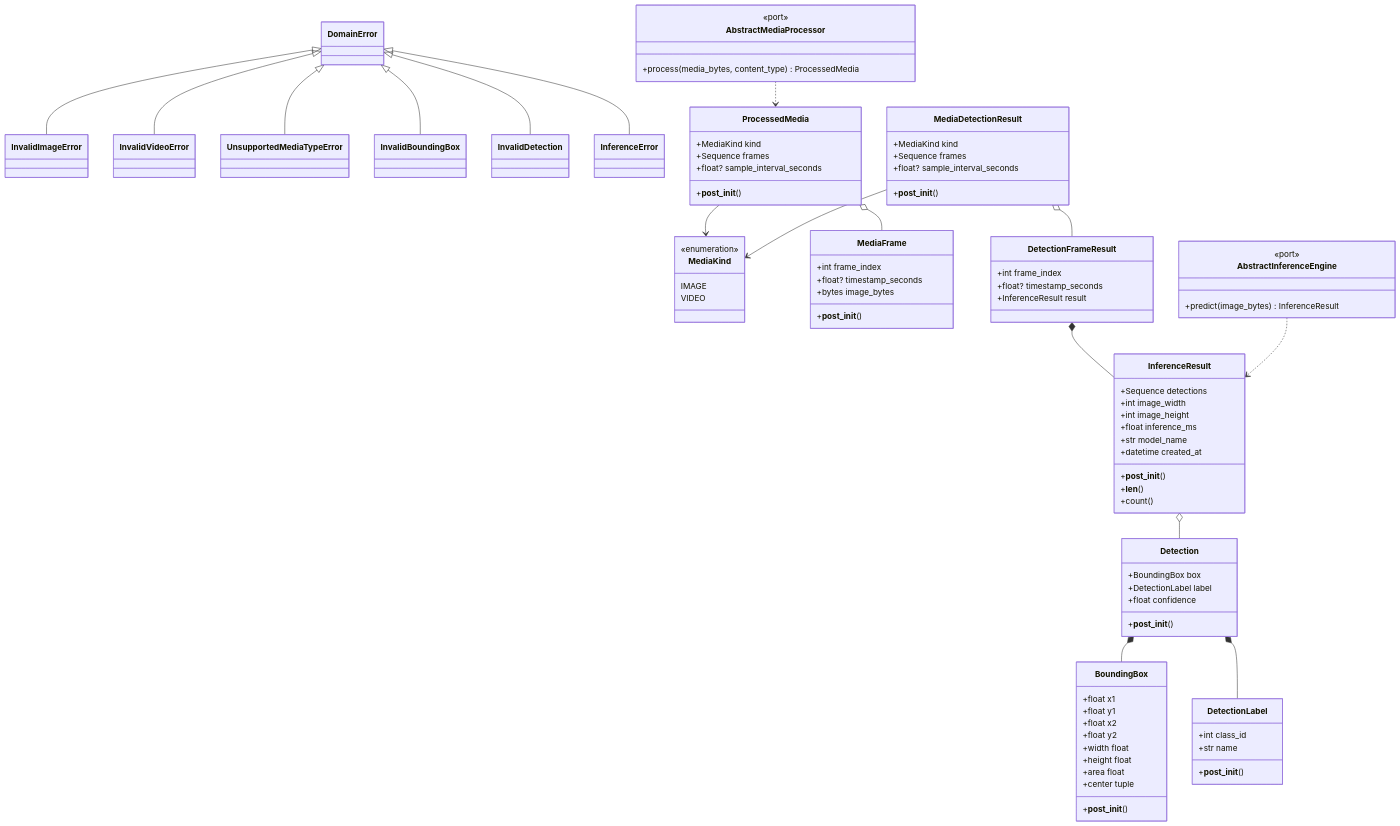
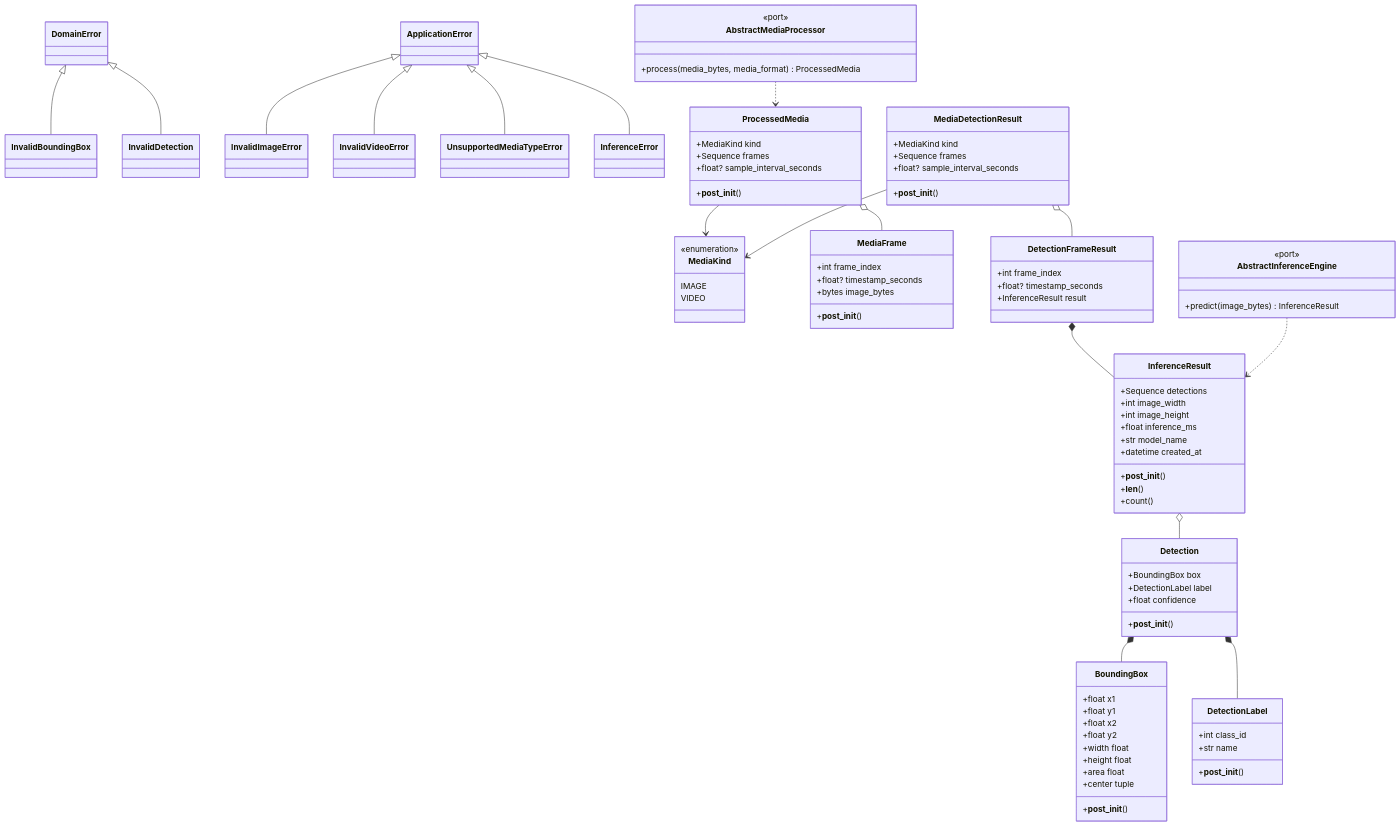
The fourth of 10 diagrams in docs/ports-and-adapters-trace.md (Sungchunn/yolov8n-ports-adapters), drawn with Mermaid before and after one commit. The commit also changed other lines of this file and 3 other files, not shown here.

````diff
--- a/docs/ports-and-adapters-trace.md
+++ b/docs/ports-and-adapters-trace.md
@@ -117,19 +117,20 @@
 ```mermaid
 classDiagram
     class DomainError
+    class InvalidBoundingBox
+    class InvalidDetection
+    class ApplicationError
     class InvalidImageError
     class InvalidVideoError
     class UnsupportedMediaTypeError
-    class InvalidBoundingBox
-    class InvalidDetection
     class InferenceError
 
-    DomainError <|-- InvalidImageError
-    DomainError <|-- InvalidVideoError
-    DomainError <|-- UnsupportedMediaTypeError
     DomainError <|-- InvalidBoundingBox
     DomainError <|-- InvalidDetection
-    DomainError <|-- InferenceError
+    ApplicationError <|-- InvalidImageError
+    ApplicationError <|-- InvalidVideoError
+    ApplicationError <|-- UnsupportedMediaTypeError
+    ApplicationError <|-- InferenceError
 
     class BoundingBox {
         +float x1
@@ -187,7 +188,7 @@
     }
     class AbstractMediaProcessor {
         <<port>>
-        +process(media_bytes, content_type) ProcessedMedia
+        +process(media_bytes, media_format) ProcessedMedia
     }
     class DetectionFrameResult {
         +int frame_index
````
